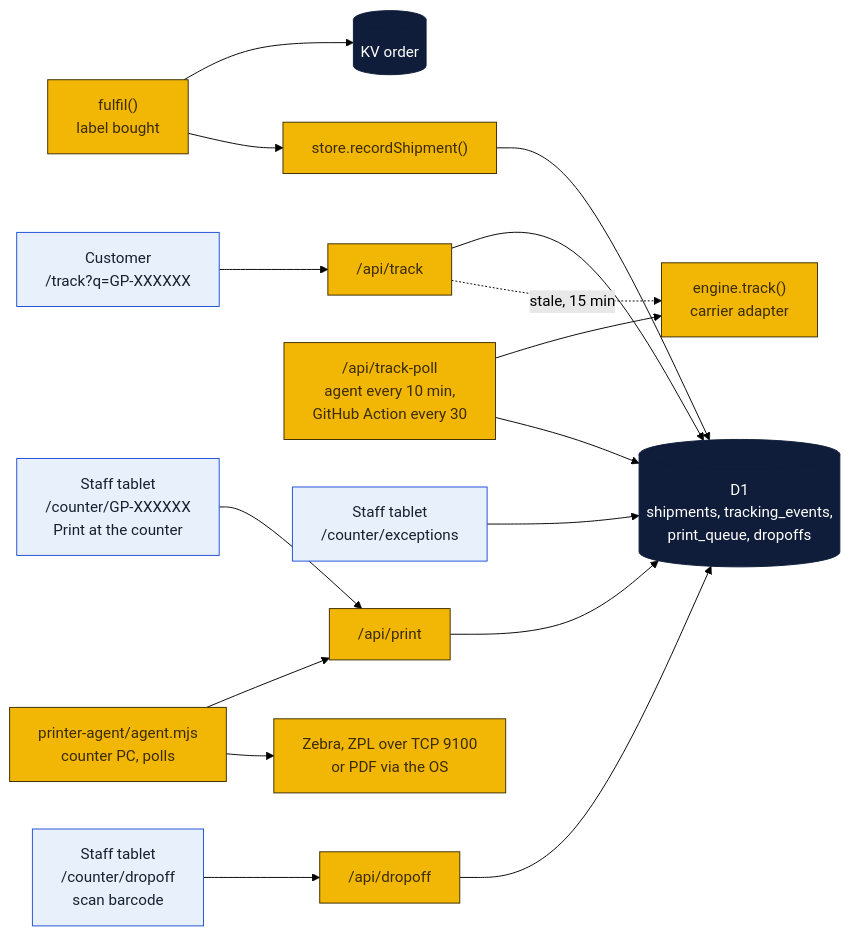
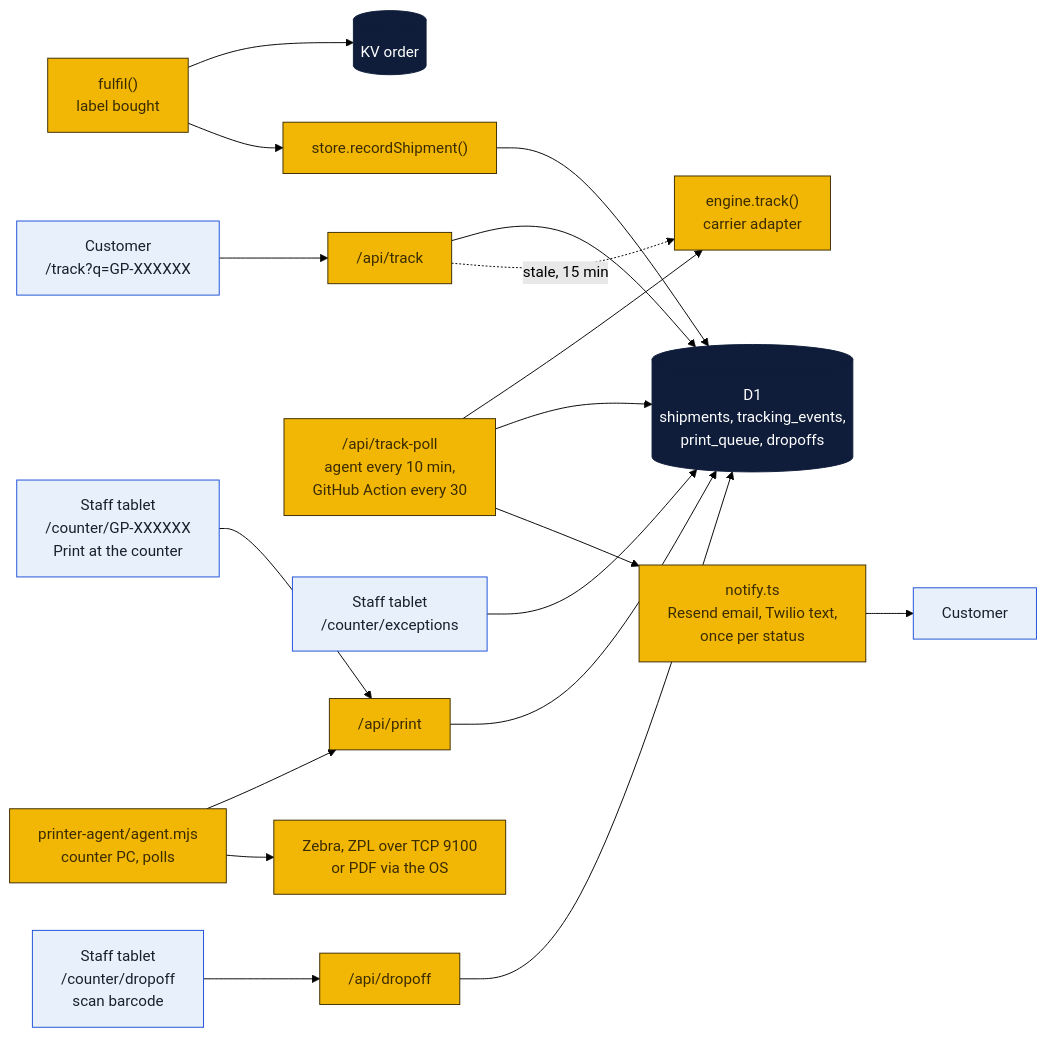
One commit to wbp318/goin-postal-forsythe changed the second of 6 diagrams in shipping-client/README.md. Above: the diagram before and after it, drawn with Mermaid (forest theme). The commit also changed other lines of this file and 15 other files, not shown here.

First line of the commit message:
PeterShip: customer email and text updates

````diff
--- a/shipping-client/README.md
+++ b/shipping-client/README.md
@@ -55,17 +56,19 @@
 ```mermaid
 flowchart LR
   F["fulfil()<br/>label bought"]:::local --> KV[("KV order")]:::cloud
   F --> ST["store.recordShipment()"]:::local --> D1[("D1<br/>shipments, tracking_events,<br/>print_queue, dropoffs")]:::cloud
   C["Customer<br/>/track?q=GP-XXXXXX"]:::you --> TA["/api/track"]:::local --> D1
   TA -.->|stale, 15 min| TR["engine.track()<br/>carrier adapter"]:::local
   PL["/api/track-poll<br/>agent every 10 min,<br/>GitHub Action every 30"]:::local --> TR
   PL --> D1
+  PL --> NO["notify.ts<br/>Resend email, Twilio text,<br/>once per status"]:::local
+  NO --> CU["Customer"]:::you
   EX["Staff tablet<br/>/counter/exceptions"]:::you --> D1
   K["Staff tablet<br/>/counter/GP-XXXXXX<br/>Print at the counter"]:::you --> PQ["/api/print"]:::local --> D1
   AG["printer-agent/agent.mjs<br/>counter PC, polls"]:::local --> PQ
   AG --> Z["Zebra, ZPL over TCP 9100<br/>or PDF via the OS"]:::local
   DO["Staff tablet<br/>/counter/dropoff<br/>scan barcode"]:::you --> DA["/api/dropoff"]:::local --> D1
   classDef local fill:#f2b705,stroke:#3b2c00,color:#3b2c00
   classDef cloud fill:#0f1d3a,stroke:#0f1d3a,color:#ffffff
   classDef you fill:#e8f1fb,stroke:#1d4ed8,color:#17202d
 ```
````
